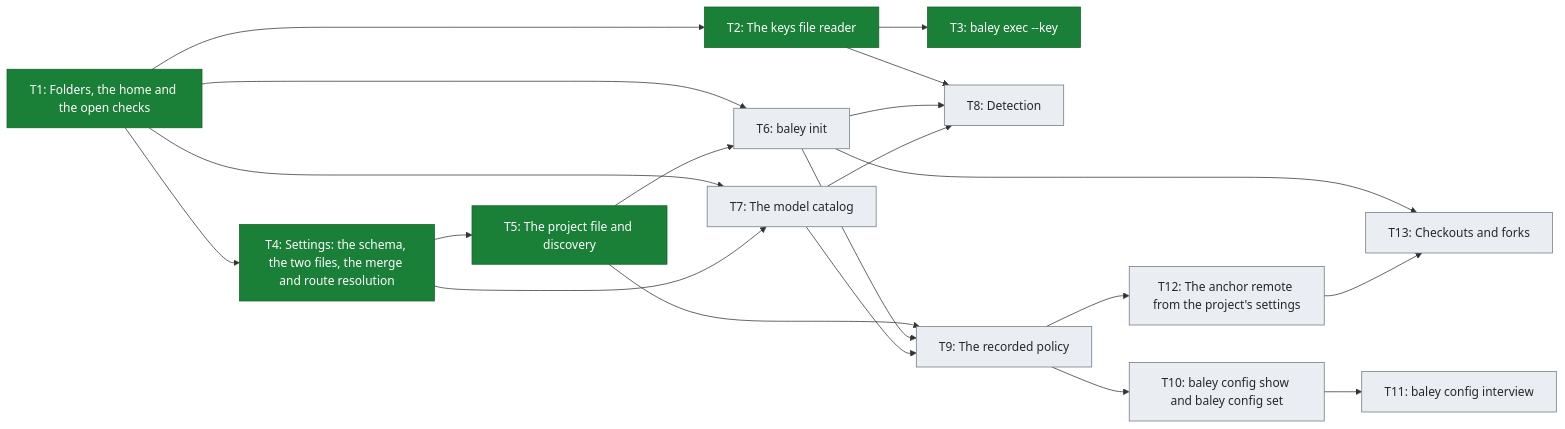
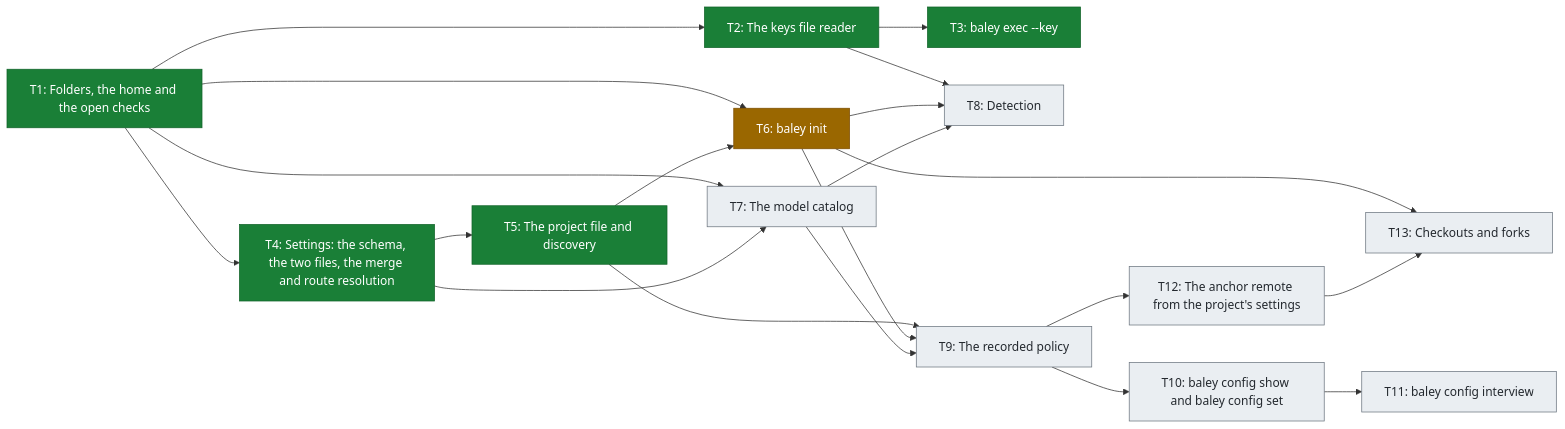
The third of 3 diagrams in docs/roadmap.md (crenshawdev/baley), drawn with Mermaid before and after one commit. The commit also changed other lines of this file, not shown here.

Commit message:
docs(roadmap): mark build 2 t6 in progress on the roadmap
Build 2, task 6 (#23). baley init is being built on this branch. The pull
request link joins T6's row once the pull request exists.

````diff
--- a/docs/roadmap.md
+++ b/docs/roadmap.md
@@ -100,41 +100,43 @@
 ```mermaid
 flowchart LR
     T1["T1: Folders, the home and the open checks"]
     T2["T2: The keys file reader"]
     T3["T3: baley exec --key"]
     T4["T4: Settings: the schema, the two files, the merge and route resolution"]
     T5["T5: The project file and discovery"]
     T6["T6: baley init"]
     T7["T7: The model catalog"]
     T8["T8: Detection"]
     T9["T9: The recorded policy"]
     T10["T10: baley config show and baley config set"]
     T11["T11: baley config interview"]
     T12["T12: The anchor remote from the project's settings"]
     T13["T13: Checkouts and forks"]
 
     T1 --> T2
     T1 --> T4
     T1 --> T6
     T1 --> T7
     T2 --> T3
     T2 --> T8
     T4 --> T5
     T4 --> T7
     T5 --> T6
     T5 --> T9
     T6 --> T8
     T6 --> T9
     T6 --> T13
     T7 --> T8
     T7 --> T9
     T9 --> T10
     T9 --> T12
     T10 --> T11
     T12 --> T13
 
     classDef done fill:#1a7f37,stroke:#116329,color:#ffffff
     classDef planned fill:#eaeef2,stroke:#6e7781,color:#24292f
+    classDef progress fill:#9a6700,stroke:#7d4e00,color:#ffffff
     class T1,T2,T3,T4,T5 done
-    class T6,T7,T8,T9,T10,T11,T12,T13 planned
+    class T6 progress
+    class T7,T8,T9,T10,T11,T12,T13 planned
 ```
````
